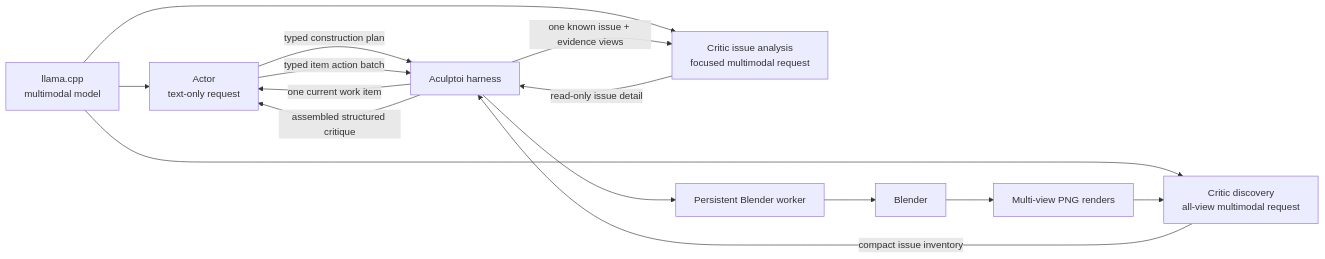
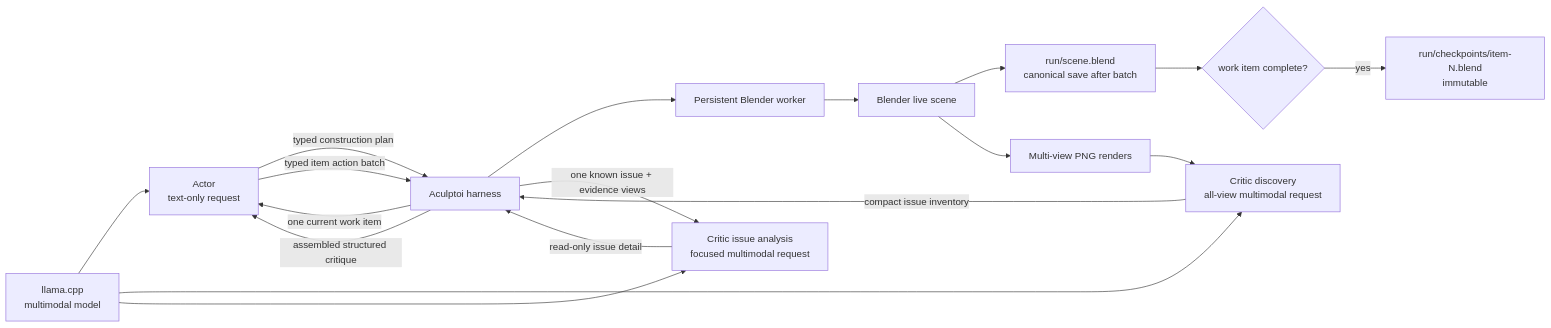
Before and after one commit to ifranlaloe/Aculptoi: the first of 2 diagrams in docs/architecture.md, drawn with Mermaid. The commit also changed other lines of this file and 15 other files, not shown here.

````diff
--- a/docs/architecture.md
+++ b/docs/architecture.md
@@ -5,17 +5,20 @@
 ```mermaid
 flowchart LR
     M[llama.cpp\nmultimodal model] --> A[Actor\ntext-only request]
     M --> D[Critic discovery\nall-view multimodal request]
     M --> F[Critic issue analysis\nfocused multimodal request]
     A -->|typed construction plan| H[Aculptoi harness]
     H -->|one current work item| A
     A -->|typed item action batch| H
     H --> W[Persistent Blender worker]
-    W --> B[Blender]
+    W --> B[Blender live scene]
+    B --> S[run/scene.blend\ncanonical save after batch]
+    S --> Q{work item complete?}
+    Q -->|yes| K[run/checkpoints/item-N.blend\nimmutable]
     B --> R[Multi-view PNG renders]
     R --> D
     D -->|compact issue inventory| H
     H -->|one known issue + evidence views| F
     F -->|read-only issue detail| H
     H -->|assembled structured critique| A
 ```
````
